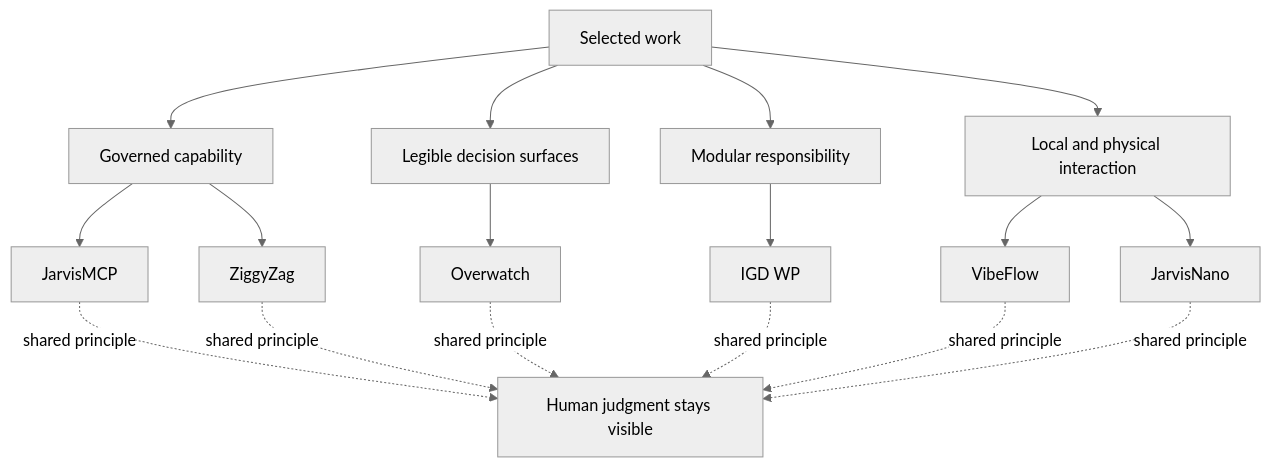
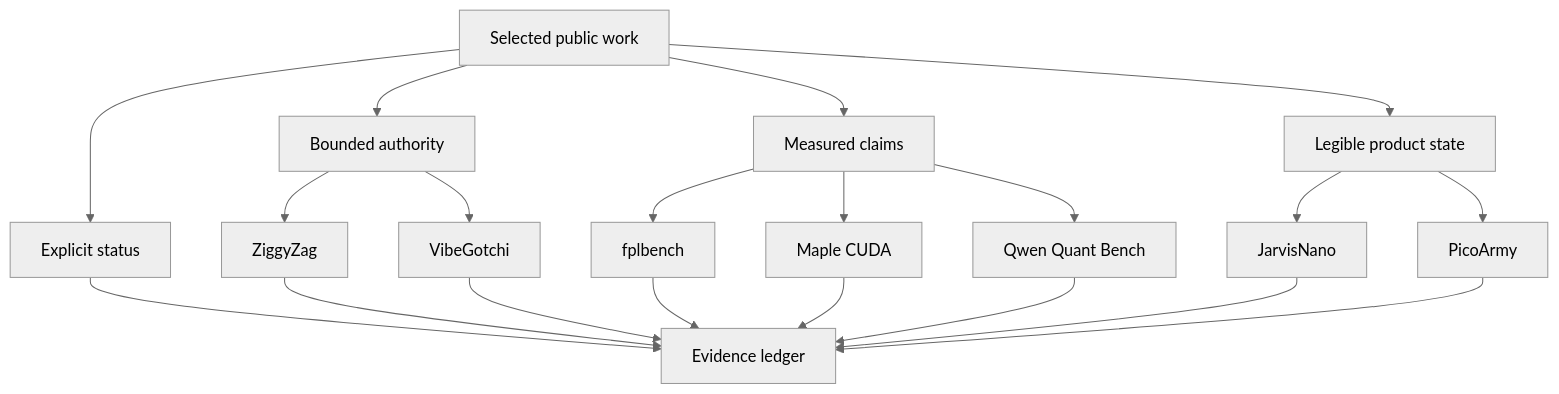
The diagram in architecture/capability-constellation.md (PascalAI2024/portfolio), drawn with Mermaid (neutral theme) before and after one commit. The commit also changed other lines of this file and 23 other files, not shown here.

````diff
--- a/architecture/capability-constellation.md
+++ b/architecture/capability-constellation.md
@@ -7,19 +6,22 @@
 ```mermaid
 flowchart TB
-    S[Selected work] --> A[Governed capability]
-    S --> B[Legible decision surfaces]
-    S --> C[Modular responsibility]
-    S --> D[Local and physical interaction]
-    A --> J[JarvisMCP]
+    S[Selected public work] --> A[Bounded authority]
+    S --> B[Measured claims]
+    S --> C[Legible product state]
+    S --> D[Explicit status]
     A --> Z[ZiggyZag]
-    B --> O[Overwatch]
-    C --> W[IGD WP]
-    D --> V[VibeFlow]
-    D --> N[JarvisNano]
-    J -. shared principle .-> H[Human judgment stays visible]
-    Z -. shared principle .-> H
-    O -. shared principle .-> H
-    W -. shared principle .-> H
-    V -. shared principle .-> H
-    N -. shared principle .-> H
+    A --> V[VibeGotchi]
+    B --> F[fplbench]
+    B --> M[Maple CUDA]
+    B --> Q[Qwen Quant Bench]
+    C --> J[JarvisNano]
+    C --> P[PicoArmy]
+    D --> E[Evidence ledger]
+    Z --> E
+    V --> E
+    F --> E
+    M --> E
+    Q --> E
+    J --> E
+    P --> E
 ```
````
